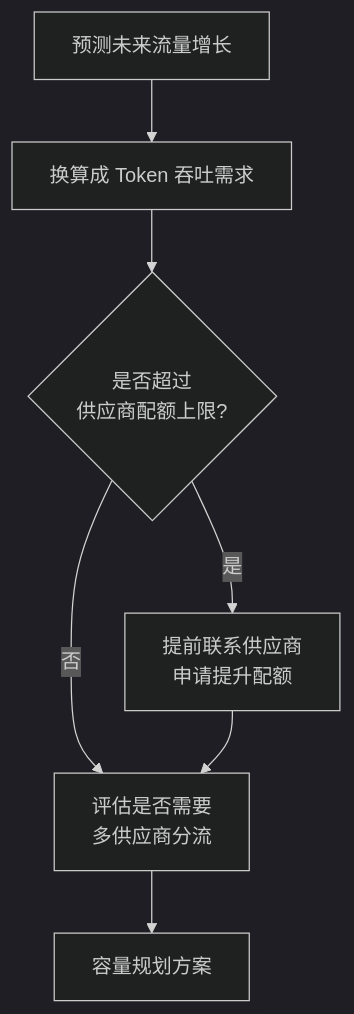
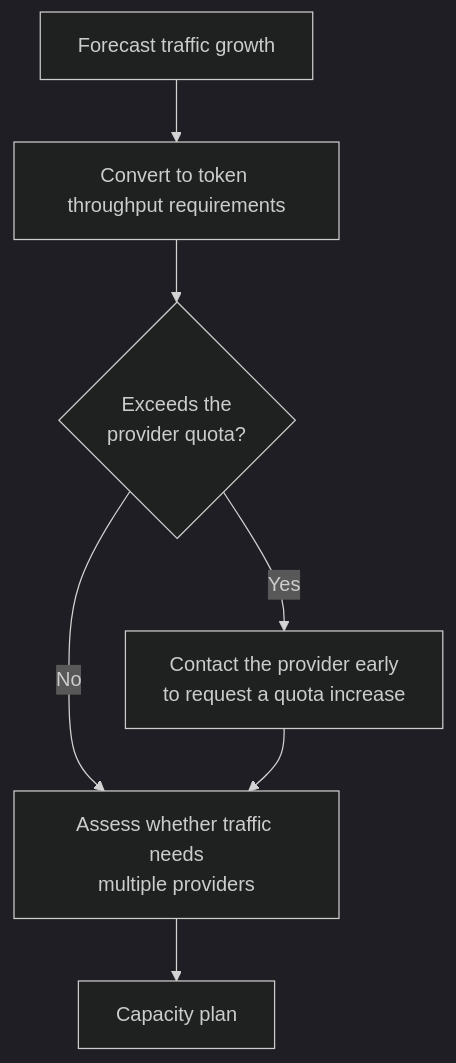
Before and after one commit to oneleaveknowsthefall/awesome-ai-roadmap: the first of 2 diagrams in docs/engineering/06-performance-operations/12-slo-capacity-incident-response.md, drawn with Mermaid (dark theme). The commit also changed other lines of this file and 82 other files, not shown here.

````diff
--- a/docs/engineering/06-performance-operations/12-slo-capacity-incident-response.md
+++ b/docs/engineering/06-performance-operations/12-slo-capacity-incident-response.md
@@ -51,9 +51,9 @@
 ```mermaid
 flowchart TB
-    FORECAST["预测未来流量增长"] --> TOKENS["换算成 Token 吞吐需求"]
-    TOKENS --> QUOTA{"是否超过<br/>供应商配额上限?"}
-    QUOTA -->|是| NEGOTIATE["提前联系供应商<br/>申请提升配额"]
-    QUOTA -->|否| MULTI["评估是否需要<br/>多供应商分流"]
+    FORECAST["Forecast traffic growth"] --> TOKENS["Convert to token throughput requirements"]
+    TOKENS --> QUOTA{"Exceeds the<br/>provider quota?"}
+    QUOTA -->|Yes| NEGOTIATE["Contact the provider early<br/>to request a quota increase"]
+    QUOTA -->|No| MULTI["Assess whether traffic needs<br/>multiple providers"]
     NEGOTIATE --> MULTI
-    MULTI --> PLAN["容量规划方案"]
+    MULTI --> PLAN["Capacity plan"]
 ```
````
